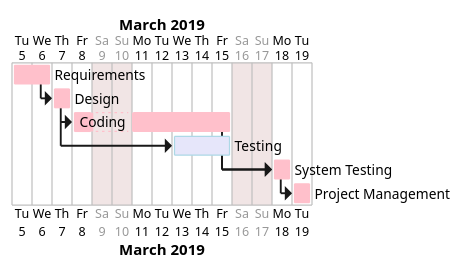
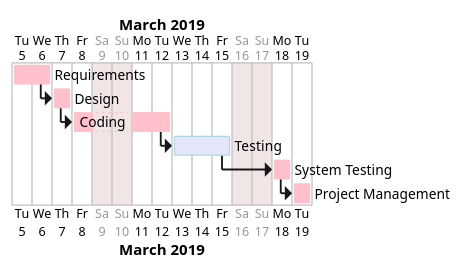
One commit to salvatore-dimartino/LaTazza changed the diagram in templates/templates_EstimationTemplate.md. Above: the diagram before and after it, drawn with PlantUML.

````diff
--- a/templates/templates_EstimationTemplate.md
+++ b/templates/templates_EstimationTemplate.md
@@ -62,14 +62,14 @@
 ```plantuml
 @startgantt
 project starts the 2019/03/5
 sunday are closed
 saturday are closed
 [Requirements] lasts 2 days and is colored in Pink
 [Design] lasts 1 days and starts 0 days after [Requirements]'s end and is colored in Pink
-[Coding] lasts 6 days and starts 0 days after [Design]'s end and is colored in Pink
-[Testing] lasts 3 days and starts 5 days after [Coding]'s start and is colored in Lavender/LightBlue
-[System Testing] lasts 1 days and starts 0 days after [Coding]'s end and is colored in Pink
+[Coding] lasts 3 days and starts 0 days after [Design]'s end and is colored in Pink
+[Testing] lasts 3 days and starts 0 days after [Coding]'s end and is colored in Lavender/LightBlue
+[System Testing] lasts 1 days and starts 0 days after [Testing]'s end and is colored in Pink
 [Project Management] lasts 1 days and starts 0 days after [System Testing]'s end and is colored in Pink
-[System Testing] starts 0 days after [Testing]'s end and is colored in Pink
+
 @endgantt
 ```
````
